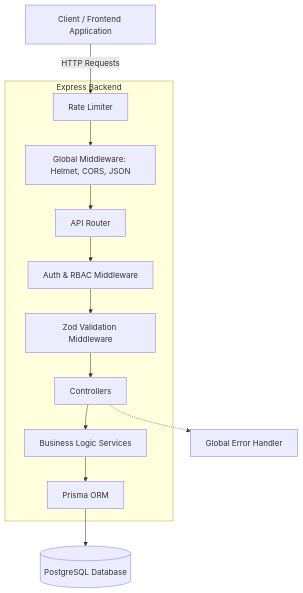
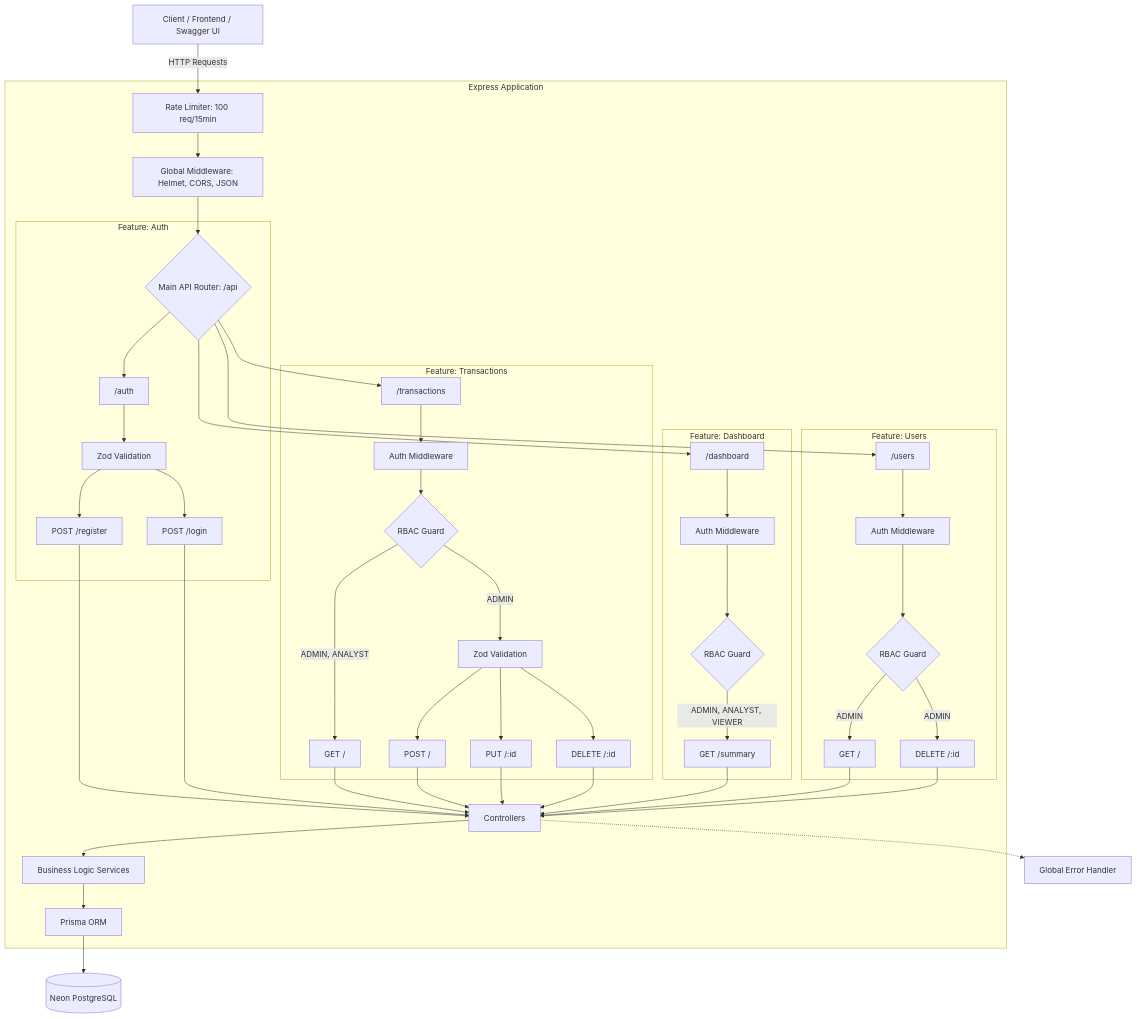
The diagram in docs/architecture.md (RitamPal26/Finance_Dashboard_Backend), drawn with Mermaid before and after one commit. The commit also changed other lines of this file, not shown here.

Commit message:
added architecture diagram

````diff
--- a/docs/architecture.md
+++ b/docs/architecture.md
@@ -11,20 +14,55 @@
 ```mermaid
 graph TD
-    Client[Client / Frontend Application] -->|HTTP Requests| RateLimiter[Rate Limiter]
-    
-    subgraph Express Backend
+    Client[Client / Frontend / Swagger UI] -->|HTTP Requests| RateLimiter[Rate Limiter: 100 req/15min]
+
+    subgraph Express Application
         RateLimiter --> GlobalMiddleware[Global Middleware: Helmet, CORS, JSON]
-        GlobalMiddleware --> Router[API Router]
-        
-        Router --> AuthMiddleware[Auth & RBAC Middleware]
-        AuthMiddleware --> Validation[Zod Validation Middleware]
-        
-        Validation --> Controllers[Controllers]
+        GlobalMiddleware --> Router{Main API Router: /api}
+
+        %% Auth Domain
+        subgraph Feature: Auth
+            Router --> AuthRoutes["/auth"]
+            AuthRoutes --> ValidateAuth[Zod Validation]
+            ValidateAuth --> Register["POST /register"]
+            ValidateAuth --> Login["POST /login"]
+        end
+
+        %% Transactions Domain
+        subgraph Feature: Transactions
+            Router --> TransRoutes["/transactions"]
+            TransRoutes --> AuthTrans[Auth Middleware]
+            AuthTrans --> RBAC_Trans{RBAC Guard}
+
+            RBAC_Trans -->|ADMIN, ANALYST| GetTrans["GET /"]
+            RBAC_Trans -->|ADMIN| ValidateTrans[Zod Validation]
+            ValidateTrans --> PostTrans["POST /"]
+            ValidateTrans --> PutTrans["PUT /:id"]
+            ValidateTrans --> DelTrans["DELETE /:id"]
+        end
+
+        %% Dashboard Domain
+        subgraph Feature: Dashboard
+            Router --> DashRoutes["/dashboard"]
+            DashRoutes --> AuthDash[Auth Middleware]
+            AuthDash --> RBAC_Dash{RBAC Guard}
+            RBAC_Dash -->|ADMIN, ANALYST, VIEWER| GetSummary["GET /summary"]
+        end
+
+        %% Users Domain
+        subgraph Feature: Users
+            Router --> UserRoutes["/users"]
+            UserRoutes --> AuthUsers[Auth Middleware]
+            AuthUsers --> RBAC_Users{RBAC Guard}
+            RBAC_Users -->|ADMIN| GetUsers["GET /"]
+            RBAC_Users -->|ADMIN| DelUser["DELETE /:id"]
+        end
+
+        %% Core Logic Flow
+        Register & Login & GetTrans & PostTrans & PutTrans & DelTrans & GetSummary & GetUsers & DelUser --> Controllers[Controllers]
         Controllers --> Services[Business Logic Services]
-        
         Services --> Prisma[Prisma ORM]
     end
-    
-    Prisma --> Database[(PostgreSQL Database)]
+
+    Prisma --> Database[(Neon PostgreSQL)]
     Controllers -.-> ErrorHandler[Global Error Handler]
 ```
````
